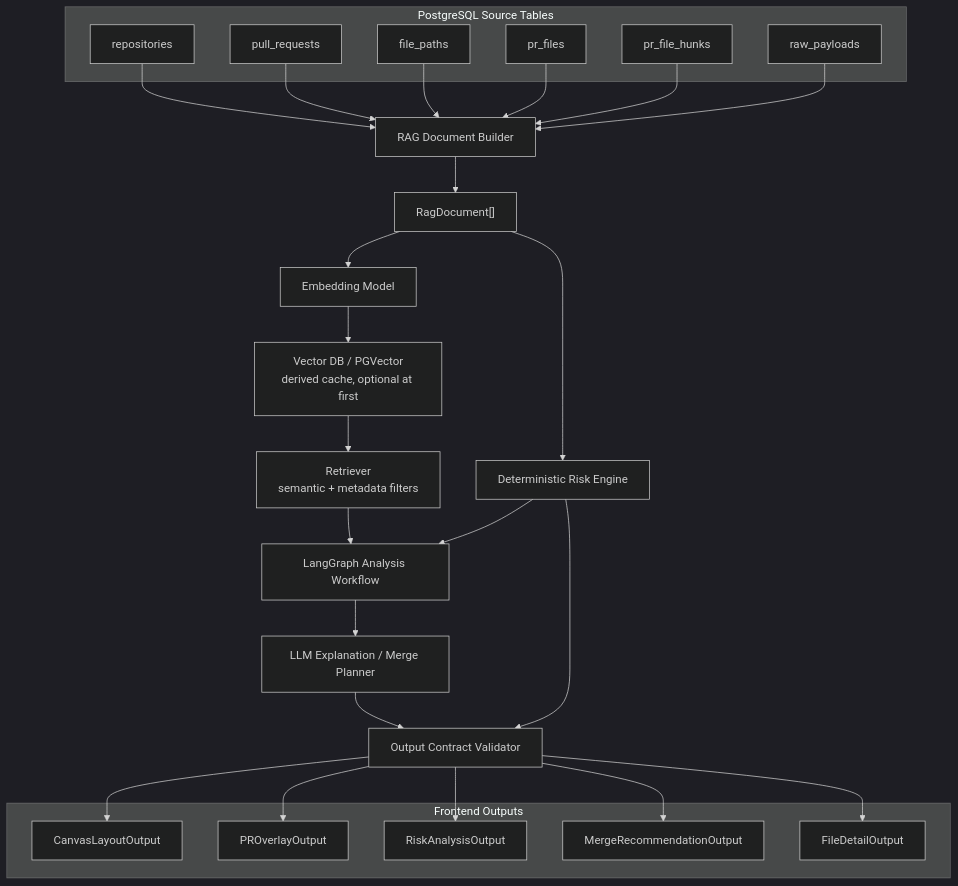
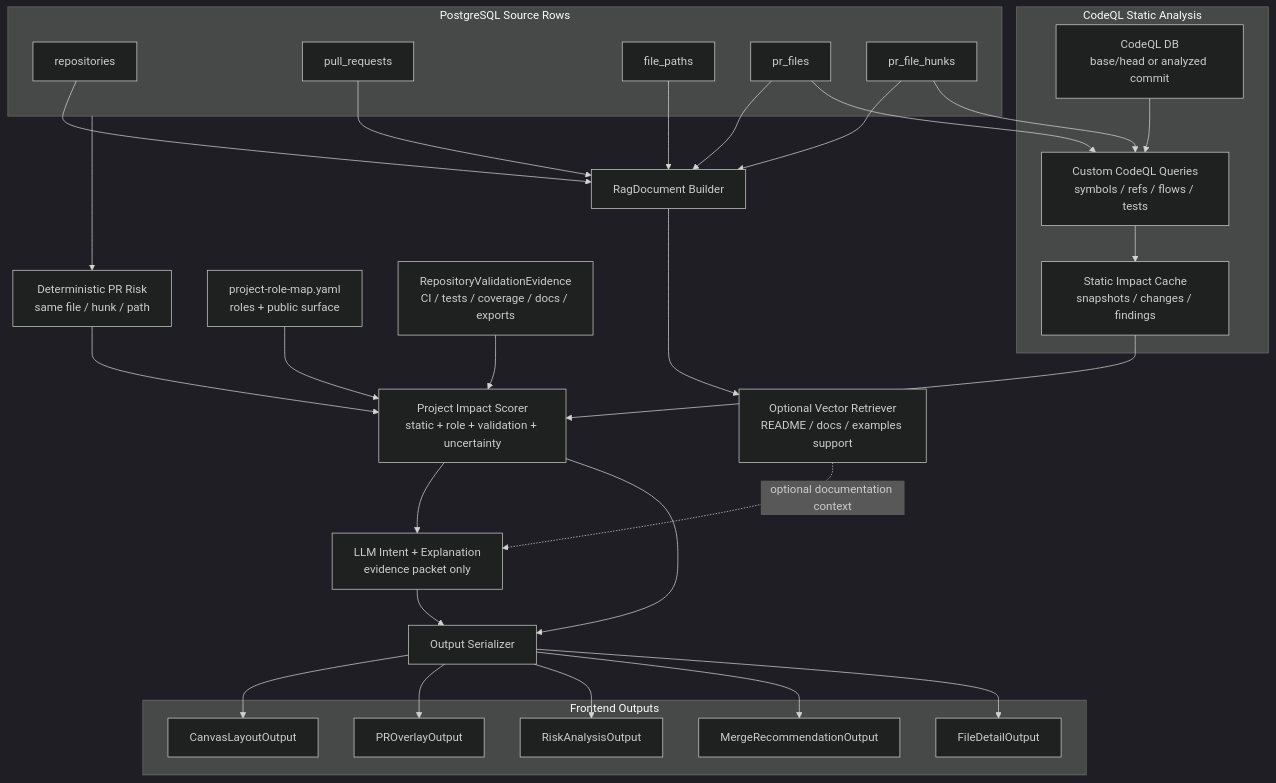
Before and after one commit to KFJG-Team1/rag-board: the first of 2 diagrams in docs/rag.md, drawn with Mermaid (dark theme). The commit also changed other lines of this file and 81 other files, not shown here.

````diff
--- a/docs/rag.md
+++ b/docs/rag.md
@@ -73,53 +221,57 @@
 ```mermaid
 flowchart TD
-    subgraph Source["PostgreSQL Source Tables"]
+    subgraph Source["PostgreSQL Source Rows"]
         Repo["repositories"]
         PR["pull_requests"]
         Paths["file_paths"]
         PRFiles["pr_files"]
         Hunks["pr_file_hunks"]
-        Raw["raw_payloads"]
     end
 
-    Builder["RAG Document Builder"]
-    Docs["RagDocument[]"]
-    Embed["Embedding Model"]
-    VectorDB["Vector DB / PGVector<br/>derived cache, optional at first"]
-    Retriever["Retriever<br/>semantic + metadata filters"]
-    Risk["Deterministic Risk Engine"]
-    Graph["LangGraph Analysis Workflow"]
-    LLM["LLM Explanation / Merge Planner"]
-    Validator["Output Contract Validator"]
+    subgraph CodeQL["CodeQL Static Analysis"]
+        DB["CodeQL DB<br/>base/head or analyzed commit"]
+        Queries["Custom CodeQL Queries<br/>symbols / refs / flows / tests"]
+        StaticCache["Static Impact Cache<br/>snapshots / changes / findings"]
+    end
+
+    RoleMap["project-role-map.yaml<br/>roles + public surface"]
+    Validation["RepositoryValidationEvidence<br/>CI / tests / coverage / docs / exports"]
+    Docs["RagDocument Builder"]
+    Vector["Optional Vector Retriever<br/>README / docs / examples support"]
+    Deterministic["Deterministic PR Risk<br/>same file / hunk / path"]
+    ProjectImpact["Project Impact Scorer<br/>static + role + validation + uncertainty"]
+    LLM["LLM Intent + Explanation<br/>evidence packet only"]
+    Serializer["Output Serializer"]
 
     subgraph Outputs["Frontend Outputs"]
         Layout["CanvasLayoutOutput"]
         Overlay["PROverlayOutput"]
         Analysis["RiskAnalysisOutput"]
         Merge["MergeRecommendationOutput"]
         Detail["FileDetailOutput"]
     end
 
-    Repo --> Builder
-    PR --> Builder
-    Paths --> Builder
-    PRFiles --> Builder
-    Hunks --> Builder
-    Raw --> Builder
+    Repo --> Docs
+    PR --> Docs
+    Paths --> Docs
+    PRFiles --> Docs
+    Hunks --> Docs
 
-    Builder --> Docs
-    Docs --> Embed
-    Embed --> VectorDB
-    VectorDB --> Retriever
-    Docs --> Risk
-    Retriever --> Graph
-    Risk --> Graph
-    Graph --> LLM
-    LLM --> Validator
-    Risk --> Validator
+    PRFiles --> Queries
+    Hunks --> Queries
+    DB --> Queries --> StaticCache
+    StaticCache --> ProjectImpact
+    RoleMap --> ProjectImpact
+    Validation --> ProjectImpact
+    Source --> Deterministic --> ProjectImpact
+    Docs --> Vector
+    Vector -. optional documentation context .-> LLM
+    ProjectImpact --> LLM --> Serializer
+    ProjectImpact --> Serializer
 
-    Validator --> Layout
-    Validator --> Overlay
-    Validator --> Analysis
-    Validator --> Merge
-    Validator --> Detail
+    Serializer --> Layout
+    Serializer --> Overlay
+    Serializer --> Analysis
+    Serializer --> Merge
+    Serializer --> Detail
 ```
````
